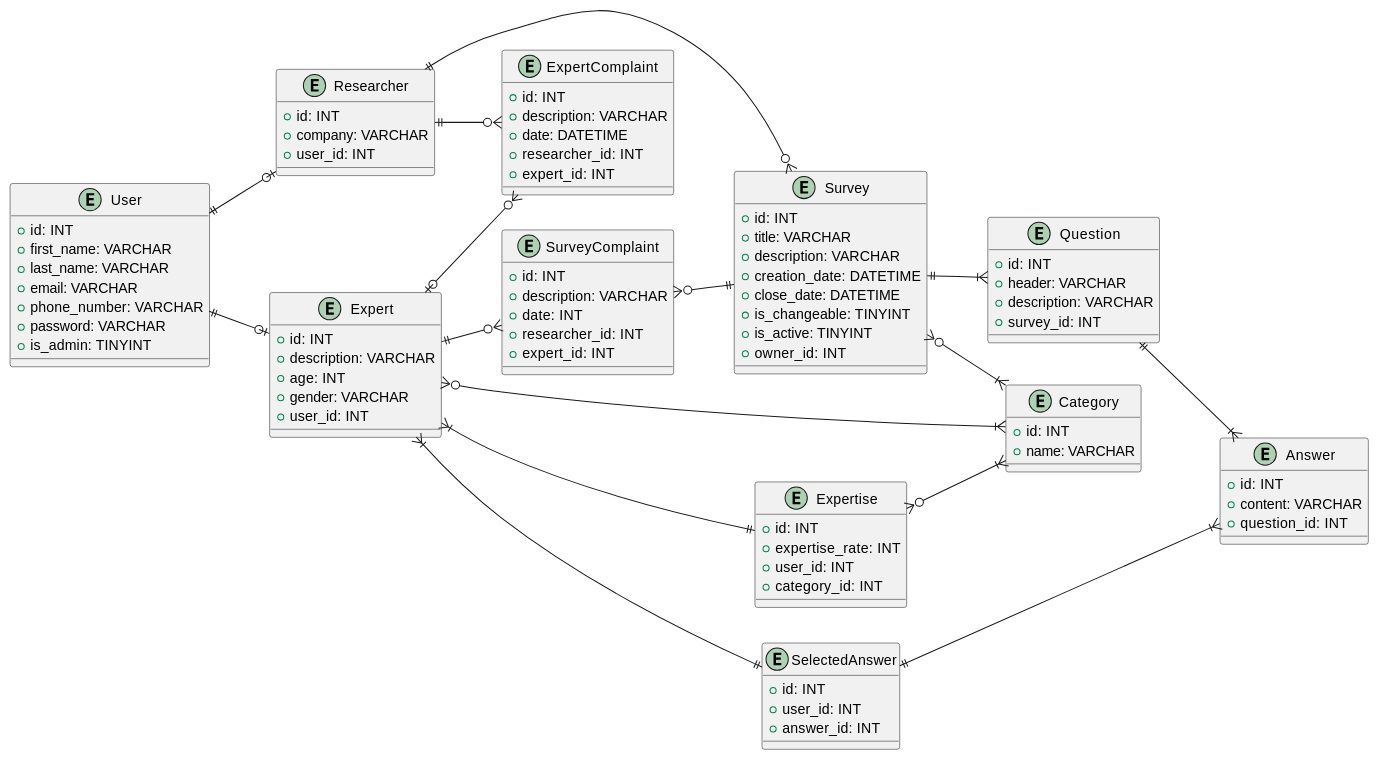
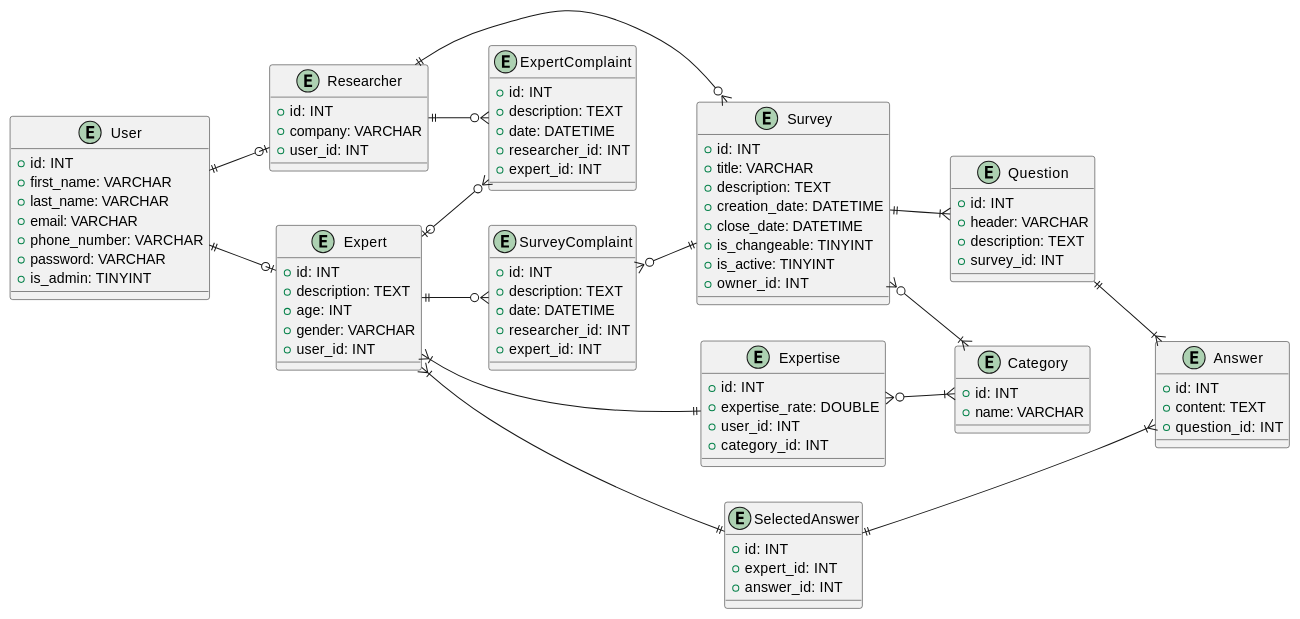
The second of 2 diagrams in docs/design.md (generalmaks/db_labs), drawn with PlantUML before and after one commit.

Commit message:
Fix ER model

```diff
--- a/docs/design.md
+++ b/docs/design.md
@@ -169,7 +169,7 @@
   
   entity "Expert" {
     + id: INT
-    + description: VARCHAR
+    + description: TEXT
     + age: INT 
     + gender: VARCHAR
     + user_id: INT
@@ -178,7 +178,7 @@
   
    entity "ExpertComplaint" {
     + id: INT
-    + description: VARCHAR
+    + description: TEXT
     + date: DATETIME
     + researcher_id: INT
     + expert_id: INT   
@@ -186,8 +186,8 @@
   
   entity "SurveyComplaint" {
     + id: INT
-    + description: VARCHAR
-    + date: INT
+    + description: TEXT
+    + date: DATETIME
     + researcher_id: INT
     + expert_id: INT    
   }
@@ -195,7 +195,7 @@
    entity "Survey" {
     + id: INT
     + title: VARCHAR
-    + description: VARCHAR 
+    + description: TEXT 
     + creation_date: DATETIME
     + close_date: DATETIME
     + is_changeable: TINYINT
@@ -206,13 +206,13 @@
    entity "Question" {
     + id: INT
     + header: VARCHAR 
-    + description: VARCHAR
+    + description: TEXT
     + survey_id: INT
   }
   
   entity "Answer" {
     + id: INT 
-    + content: VARCHAR
+    + content: TEXT
     + question_id: INT
     
   }
@@ -224,14 +224,14 @@
 
    entity "Expertise" {
     + id: INT 
-    + expertise_rate: INT
+    + expertise_rate: DOUBLE
     + user_id: INT
     + category_id: INT
   }
   
   entity "SelectedAnswer" {
     + id: INT 
-    + user_id: INT
+    + expert_id: INT
     + answer_id: INT
   }
     
@@ -243,7 +243,6 @@
   "Researcher" ||--o{ "Survey"
  
   "Expert" |o--o{ "ExpertComplaint"
-  "Expert" }o--|{ "Category"
   "Expert" }|--|| "Expertise"
   "Expert" }|--|| "SelectedAnswer"
   "Expert" ||--o{ "SurveyComplaint"
```
